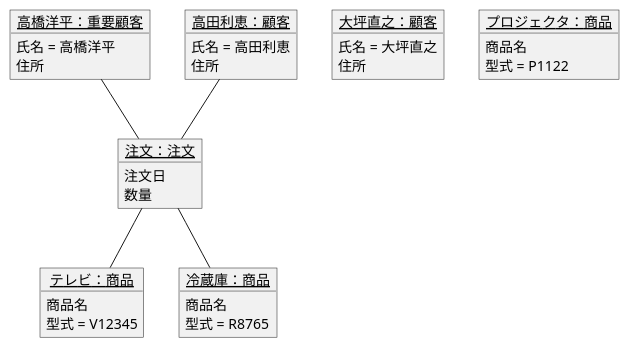
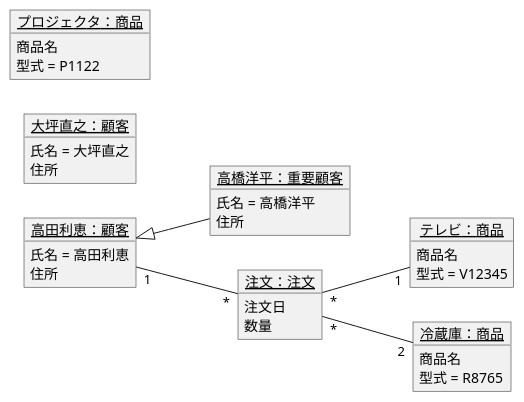
The diagram in 演習3-7_OBJ_注文のオブジェクト図.pu (kuboi0627/unl-introduction), drawn with PlantUML before and after one commit.

Commit message:
演習3-7

```diff
--- a/演習3-7_OBJ_注文のオブジェクト図.pu
+++ b/演習3-7_OBJ_注文のオブジェクト図.pu
@@ -1,35 +1,37 @@
 @startuml
+left to right direction
 object "<u>高橋洋平：重要顧客</u>" as k1{
 氏名 = 高橋洋平
 住所
 }
 object "<u>高田利恵：顧客</u>" as k2{
 氏名 = 高田利恵
 住所
 }
 object "<u>大坪直之：顧客</u>" as k3{
 氏名 = 大坪直之
 住所
 }
 object "<u>テレビ：商品</u>" as s1{
 商品名
 型式 = V12345
 }
 object "<u>冷蔵庫：商品</u>" as s2{
 商品名
 型式 = R8765
 }
 object "<u>プロジェクタ：商品</u>" as s3{
 商品名
 型式 = P1122
 }
 object "<u>注文：注文</u>" as t1{
 注文日
 数量
 }
-k1 -- t1
-k2 -- t1
-t1 -- s1
-t1 -- s2
+
+k2 "1"--"*" t1
+t1 "*"--"2" s2
+k2 <|-- k1
+t1 "*"--"1" s1
 
 @enduml
```
